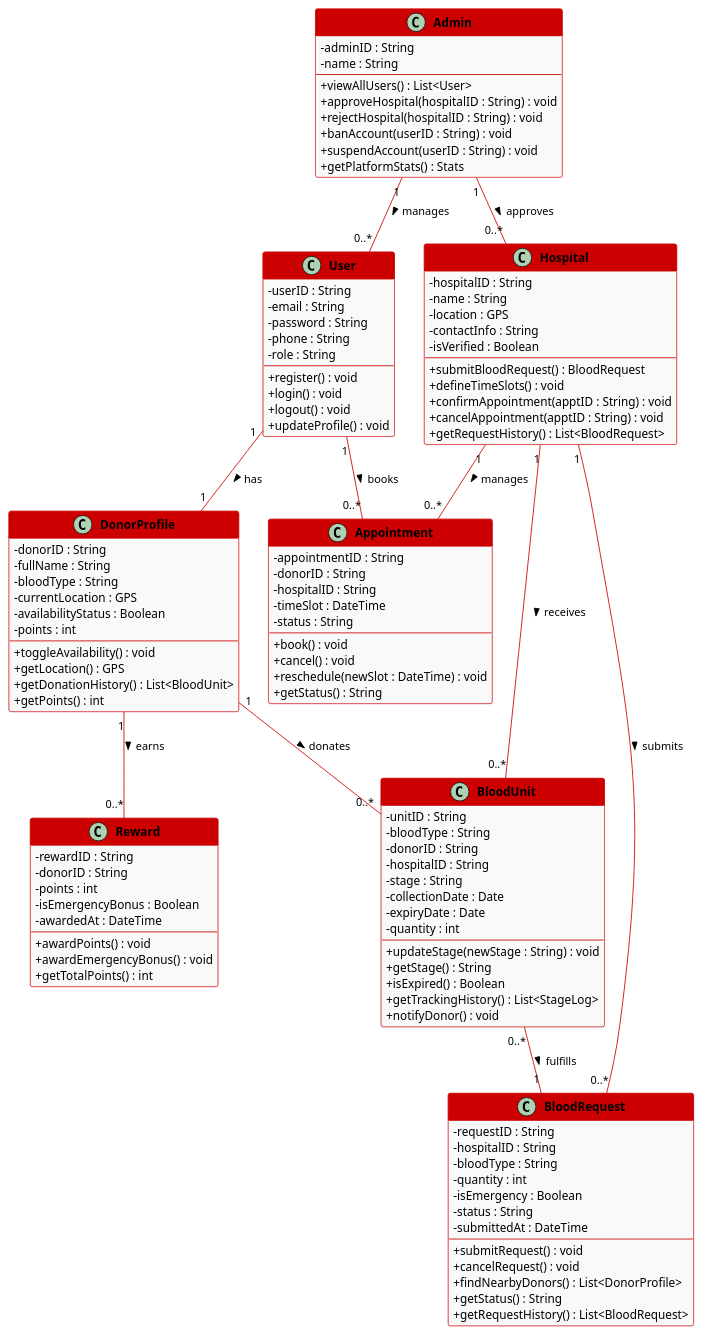
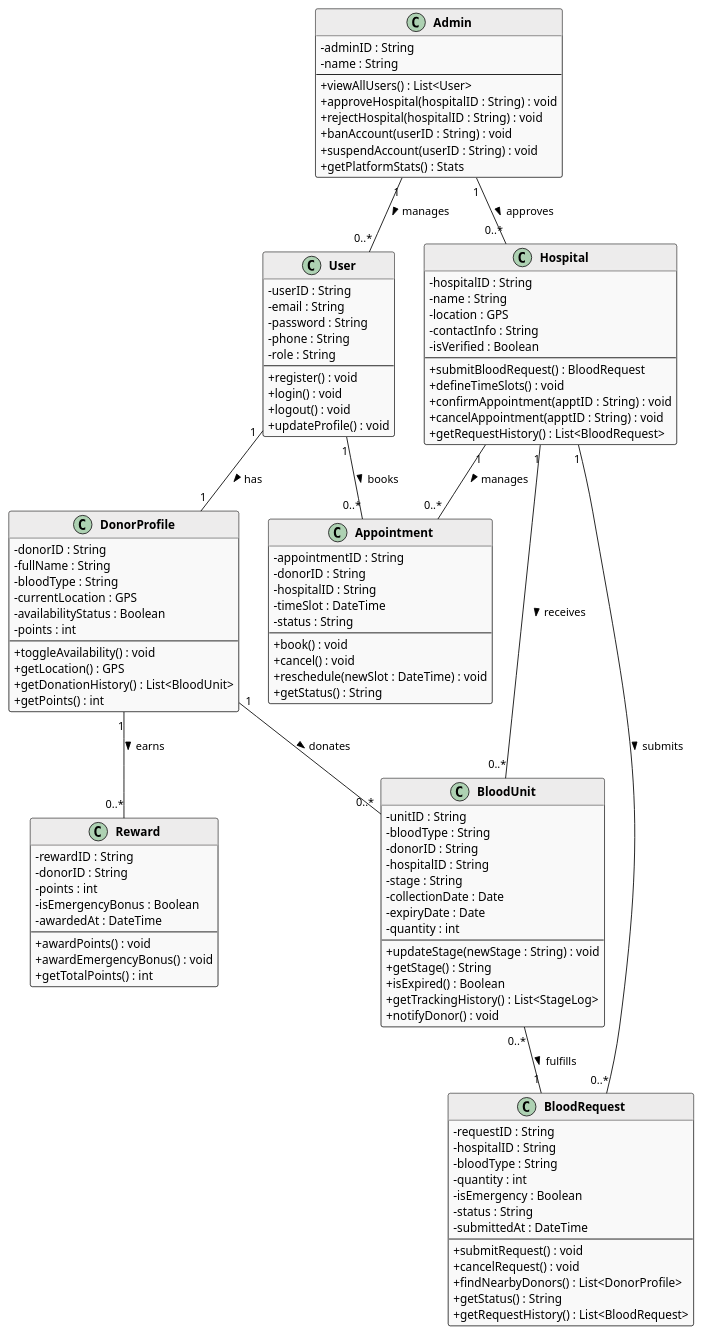
Before and after one commit to bekoashraf22-collab/diagram: the diagram in ClassDiagram.puml, drawn with PlantUML.

Commit message:
ClassDiagram_UML

```diff
--- a/ClassDiagram.puml
+++ b/ClassDiagram.puml
@@ -1,167 +1,167 @@
 @startuml BloodRescuePlatform
 
 skinparam classAttributeIconSize 0
 skinparam classFontStyle Bold
 skinparam classBackgroundColor #F9F9F9
-skinparam classBorderColor #CC0000
-skinparam arrowColor #CC0000
-skinparam classHeaderBackgroundColor #CC0000
+skinparam classBorderColor #000000
+skinparam arrowColor #000000
+skinparam classHeaderBackgroundColor #edecec
 skinparam classFontColor #FFFFFF
 skinparam classAttributeFontColor #000000
 skinparam classStereotypeFontColor #000000
 
 ' ─────────────────────────────
 '  USER & DONOR
 ' ─────────────────────────────
 
 class User {
   - userID : String
   - email : String
   - password : String
   - phone : String
   - role : String
   --
   + register() : void
   + login() : void
   + logout() : void
   + updateProfile() : void
 }
 
 class DonorProfile {
   - donorID : String
   - fullName : String
   - bloodType : String
   - currentLocation : GPS
   - availabilityStatus : Boolean
   - points : int
   --
   + toggleAvailability() : void
   + getLocation() : GPS
   + getDonationHistory() : List<BloodUnit>
   + getPoints() : int
 }
 
 ' ─────────────────────────────
 '  BLOOD UNIT
 ' ─────────────────────────────
 
 class BloodUnit {
   - unitID : String
   - bloodType : String
   - donorID : String
   - hospitalID : String
   - stage : String
   - collectionDate : Date
   - expiryDate : Date
   - quantity : int
   --
   + updateStage(newStage : String) : void
   + getStage() : String
   + isExpired() : Boolean
   + getTrackingHistory() : List<StageLog>
   + notifyDonor() : void
 }
 
 ' ─────────────────────────────
 '  APPOINTMENT
 ' ─────────────────────────────
 
 class Appointment {
   - appointmentID : String
   - donorID : String
   - hospitalID : String
   - timeSlot : DateTime
   - status : String
   --
   + book() : void
   + cancel() : void
   + reschedule(newSlot : DateTime) : void
   + getStatus() : String
 }
 
 ' ─────────────────────────────
 '  BLOOD REQUEST
 ' ─────────────────────────────
 
 class BloodRequest {
   - requestID : String
   - hospitalID : String
   - bloodType : String
   - quantity : int
   - isEmergency : Boolean
   - status : String
   - submittedAt : DateTime
   --
   + submitRequest() : void
   + cancelRequest() : void
   + findNearbyDonors() : List<DonorProfile>
   + getStatus() : String
   + getRequestHistory() : List<BloodRequest>
 }
 
 ' ─────────────────────────────
 '  HOSPITAL
 ' ─────────────────────────────
 
 class Hospital {
   - hospitalID : String
   - name : String
   - location : GPS
   - contactInfo : String
   - isVerified : Boolean
   --
   + submitBloodRequest() : BloodRequest
   + defineTimeSlots() : void
   + confirmAppointment(apptID : String) : void
   + cancelAppointment(apptID : String) : void
   + getRequestHistory() : List<BloodRequest>
 }
 
 ' ─────────────────────────────
 '  REWARD
 ' ─────────────────────────────
 
 class Reward {
   - rewardID : String
   - donorID : String
   - points : int
   - isEmergencyBonus : Boolean
   - awardedAt : DateTime
   --
   + awardPoints() : void
   + awardEmergencyBonus() : void
   + getTotalPoints() : int
 }
 
 ' ─────────────────────────────
 '  ADMIN
 ' ─────────────────────────────
 
 class Admin {
   - adminID : String
   - name : String
   --
   + viewAllUsers() : List<User>
   + approveHospital(hospitalID : String) : void
   + rejectHospital(hospitalID : String) : void
   + banAccount(userID : String) : void
   + suspendAccount(userID : String) : void
   + getPlatformStats() : Stats
 }
 
 ' ─────────────────────────────
 '  RELATIONSHIPS
 ' ─────────────────────────────
 
 User "1" -- "1" DonorProfile         : has >
 User "1" -- "0..*" Appointment       : books >
 Hospital "1" -- "0..*" BloodRequest  : submits >
 Hospital "1" -- "0..*" Appointment   : manages >
 Hospital "1" -- "0..*" BloodUnit     : receives >
 DonorProfile "1" -- "0..*" BloodUnit : donates >
 BloodUnit "0..*" -- "1" BloodRequest : fulfills >
 DonorProfile "1" -- "0..*" Reward    : earns >
 Admin "1" -- "0..*" User             : manages >
 Admin "1" -- "0..*" Hospital         : approves >
 
 @enduml
```
